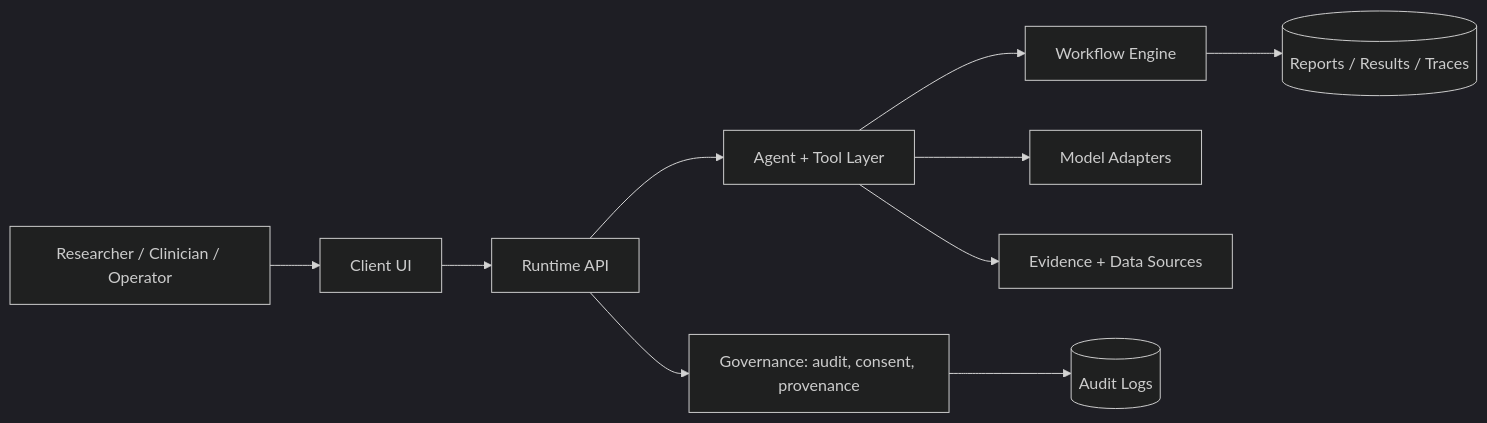
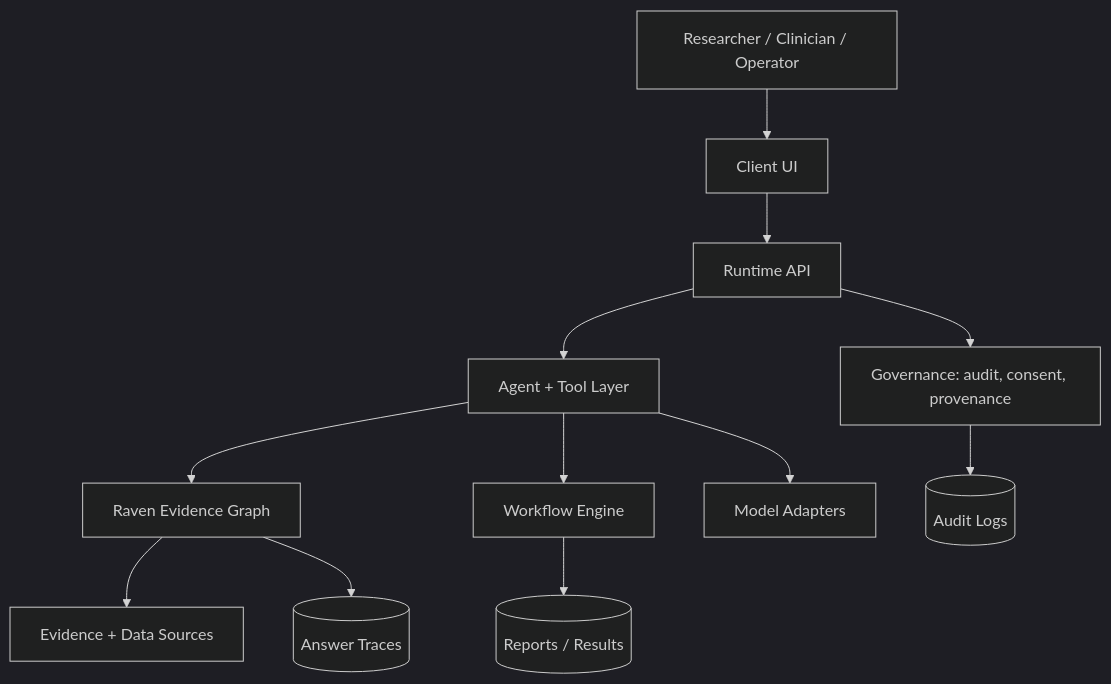
One commit to simpliibarrii-crypto/raven-ai changed the diagram in docs/ARCHITECTURE.md. Above: the diagram before and after it, drawn with Mermaid (dark theme). The commit also changed other lines of this file, not shown here.

Commit message:
Position Evidence Graph in architecture

````diff
--- a/docs/ARCHITECTURE.md
+++ b/docs/ARCHITECTURE.md
@@ -21,12 +23,14 @@
 ```mermaid
-flowchart LR
+flowchart TB
   User[Researcher / Clinician / Operator] --> UI[Client UI]
   UI --> API[Runtime API]
   API --> Agents[Agent + Tool Layer]
+  Agents --> Graph[Raven Evidence Graph]
   Agents --> Workflows[Workflow Engine]
   Agents --> Models[Model Adapters]
-  Agents --> Evidence[Evidence + Data Sources]
+  Graph --> Sources[Evidence + Data Sources]
+  Graph --> Traces[(Answer Traces)]
   API --> Governance[Governance: audit, consent, provenance]
   Governance --> Logs[(Audit Logs)]
-  Workflows --> Artifacts[(Reports / Results / Traces)]
+  Workflows --> Artifacts[(Reports / Results)]
 ```
````
